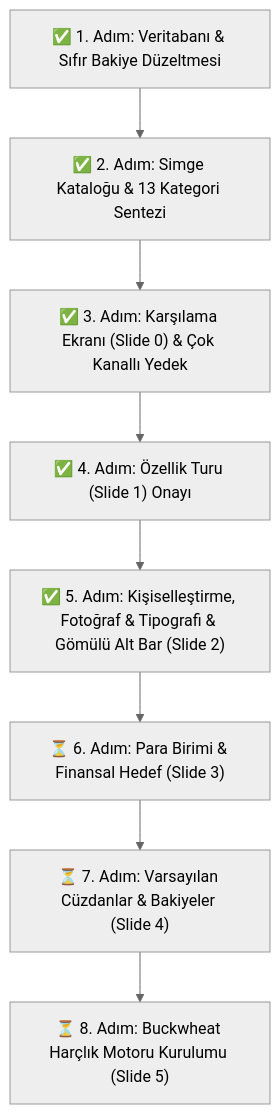
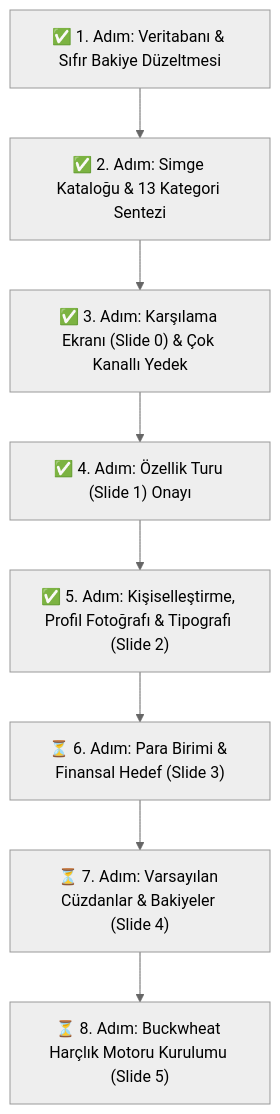
The third of 3 diagrams in DOCUMENTATION.md (mehmetsensoyme/TrioTrack), drawn with Mermaid (neutral theme) before and after one commit. The commit also changed other lines of this file and 1 other file, not shown here.

Commit message:
revert: restore original stable onboarding layout without floating/embedded bar experiments

````diff
--- a/DOCUMENTATION.md
+++ b/DOCUMENTATION.md
@@ -202,13 +201,13 @@
 ```mermaid
 flowchart TD
     Step1["✅ 1. Adım: Veritabanı & Sıfır Bakiye Düzeltmesi"]
     Step2["✅ 2. Adım: Simge Kataloğu & 13 Kategori Sentezi"]
     Step3["✅ 3. Adım: Karşılama Ekranı (Slide 0) & Çok Kanallı Yedek"]
     Step4["✅ 4. Adım: Özellik Turu (Slide 1) Onayı"]
-    Step5["✅ 5. Adım: Kişiselleştirme, Fotoğraf & Tipografi & Gömülü Alt Bar (Slide 2)"]
+    Step5["✅ 5. Adım: Kişiselleştirme, Profil Fotoğrafı & Tipografi (Slide 2)"]
     Step6["⏳ 6. Adım: Para Birimi & Finansal Hedef (Slide 3)"]
     Step7["⏳ 7. Adım: Varsayılan Cüzdanlar & Bakiyeler (Slide 4)"]
     Step8["⏳ 8. Adım: Buckwheat Harçlık Motoru Kurulumu (Slide 5)"]
     
     Step1 --> Step2 --> Step3 --> Step4 --> Step5 --> Step6 --> Step7 --> Step8
 ```
````
